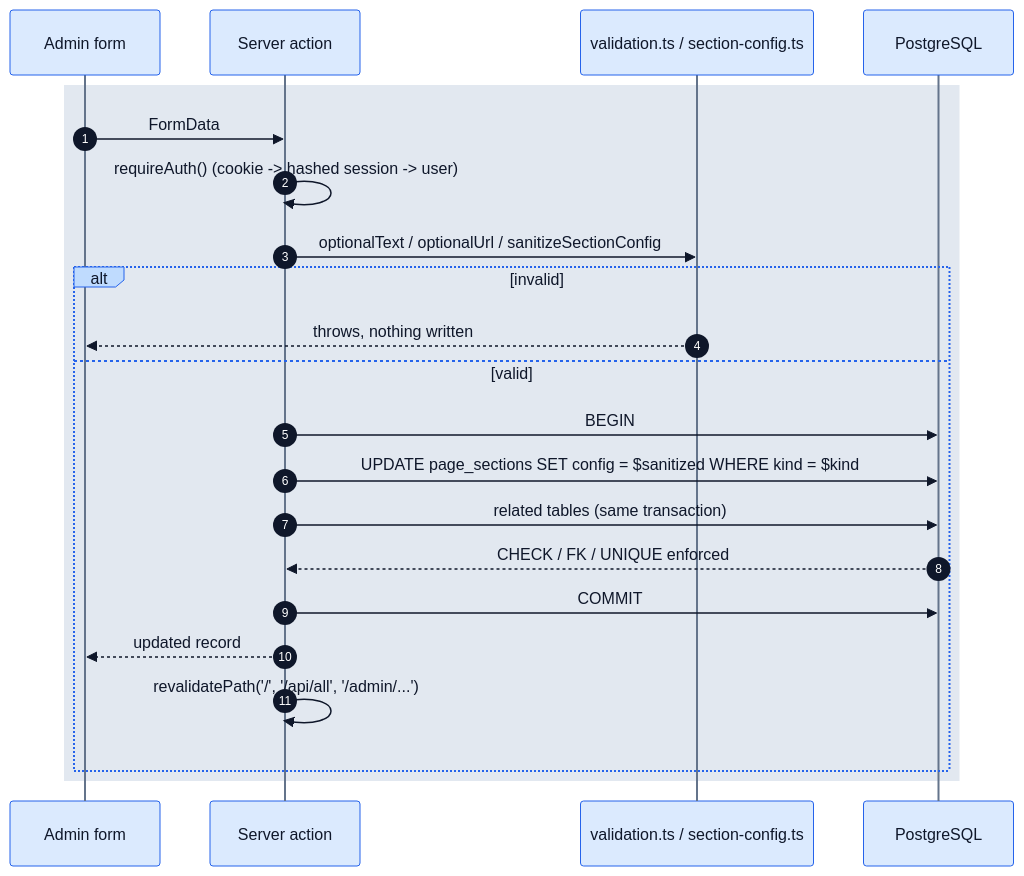
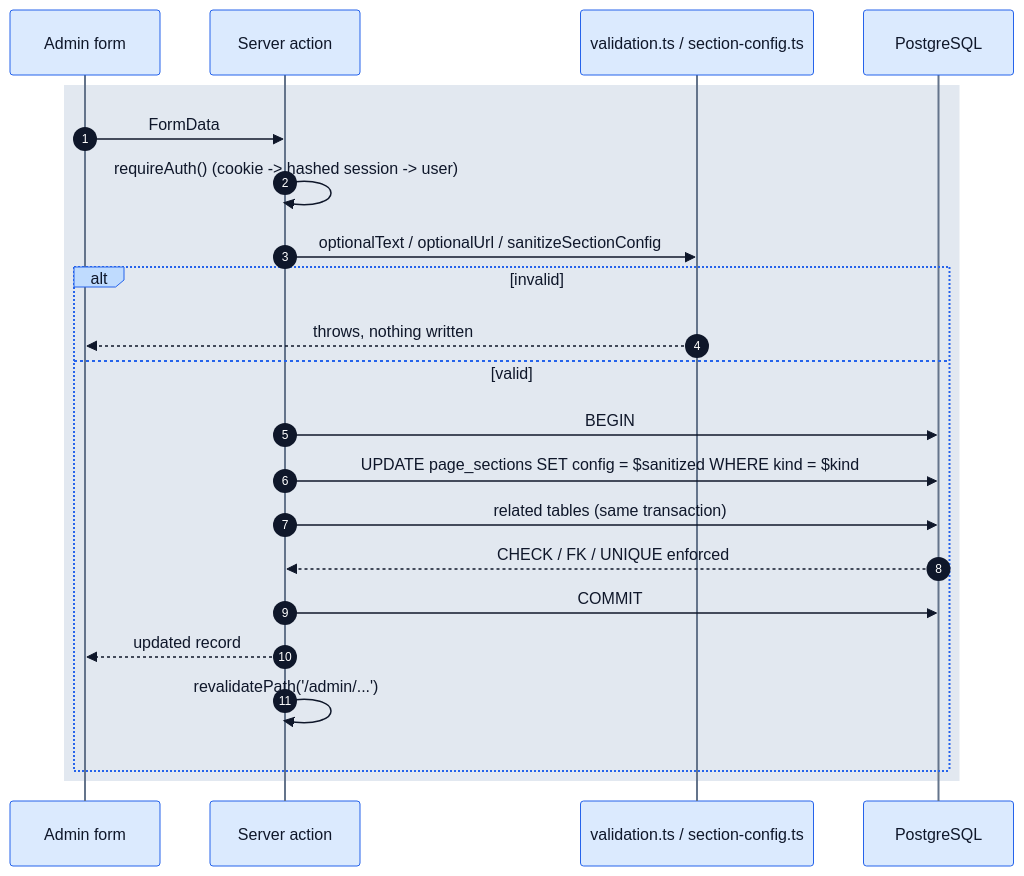
The seventh of 14 diagrams in docs/database-architecture.md (mhmdsbr/portfolio), drawn with Mermaid before and after one commit. The commit also changed other lines of this file and 1 other file, not shown here.

Commit message:
docs: update architecture and schema docs for new module layout

````diff
--- a/docs/database-architecture.md
+++ b/docs/database-architecture.md
@@ -293,26 +295,26 @@
 ```mermaid
 %%{init: {'theme':'base','themeVariables':{'primaryColor':'#dbeafe','primaryTextColor':'#0f172a','primaryBorderColor':'#2563eb','lineColor':'#64748b','textColor':'#0f172a','actorBkg':'#dbeafe','actorTextColor':'#0f172a','actorBorder':'#2563eb','actorLineColor':'#64748b','signalColor':'#0f172a','signalTextColor':'#0f172a','labelBoxBkgColor':'#bfdbfe','labelBoxBorderColor':'#2563eb','labelTextColor':'#0f172a','loopTextColor':'#0f172a','noteBkgColor':'#fef9c3','noteTextColor':'#0f172a','noteBorderColor':'#ca8a04','sequenceNumberColor':'#ffffff'}}}%%
 sequenceDiagram
     autonumber
     participant F as Admin form
     participant S as Server action
     participant V as validation.ts / section-config.ts
     participant DB as PostgreSQL
 
     rect rgb(226, 232, 240)
     F->>S: FormData
     S->>S: requireAuth() (cookie -> hashed session -> user)
     S->>V: optionalText / optionalUrl / sanitizeSectionConfig
     alt invalid
         V-->>F: throws, nothing written
     else valid
         S->>DB: BEGIN
         S->>DB: UPDATE page_sections SET config = $sanitized WHERE kind = $kind
         S->>DB: related tables (same transaction)
         DB-->>S: CHECK / FK / UNIQUE enforced
         S->>DB: COMMIT
         S-->>F: updated record
-        S->>S: revalidatePath('/', '/api/all', '/admin/...')
+        S->>S: revalidatePath('/admin/...')
     end
     end
 ```
````
